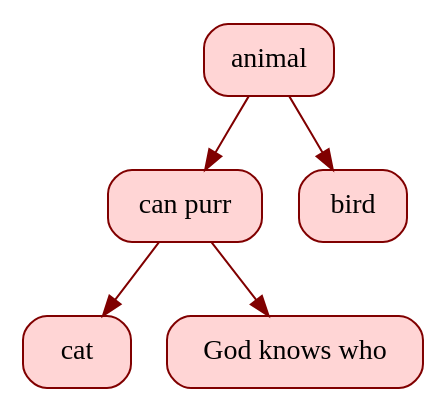
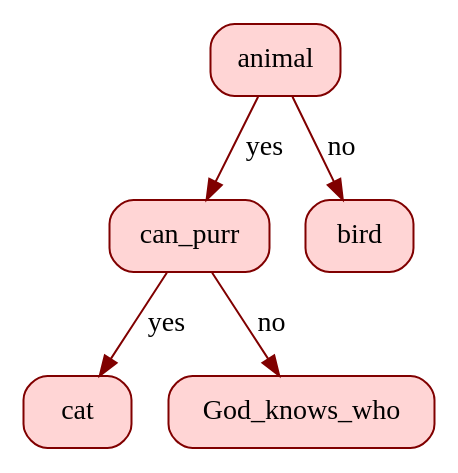
Before and after one commit to KuchinaMA/Akinator: the diagram in TreePicture.dot, drawn with Graphviz. The commit also changed 7 other files, not shown here.

```diff
--- a/TreePicture.dot
+++ b/TreePicture.dot
@@ -1,13 +1,13 @@
 digraph {
   rankdir = HR;
   node [shape = Mrecord, color = "#800000", style = filled, fillcolor = "#FFD5D5"];
-  node_0000028b84e41540[label = " animal "]; 
-  node_0000028b84e414c0[label = " can purr "]; 
-  node_0000028b84e41440[label = " cat "]; 
-  node_0000028b84e41480[label = " God knows who "]; 
-  node_0000028b84e41500[label = " bird "]; 
-  node_0000028b84e41540 -> node_0000028b84e414c0 [weight = 1, color = "#800000"];
-  node_0000028b84e414c0 -> node_0000028b84e41440 [weight = 1, color = "#800000"];
-  node_0000028b84e414c0 -> node_0000028b84e41480 [weight = 1, color = "#800000"];
-  node_0000028b84e41540 -> node_0000028b84e41500 [weight = 1, color = "#800000"];
+  node_000001c4a8cf6bb0[label = " animal "]; 
+  node_000001c4a8cf6bf0[label = " can_purr "]; 
+  node_000001c4a8cf6c30[label = " cat "]; 
+  node_000001c4a8cf6c70[label = " God_knows_who "]; 
+  node_000001c4a8cf6cb0[label = " bird "]; 
+  node_000001c4a8cf6bb0 -> node_000001c4a8cf6bf0 [label = "yes", weight = 1, color = "#800000"];
+  node_000001c4a8cf6bf0 -> node_000001c4a8cf6c30 [label = "yes", weight = 1, color = "#800000"];
+  node_000001c4a8cf6bf0 -> node_000001c4a8cf6c70 [label = "no", weight = 1, color = "#800000"];
+  node_000001c4a8cf6bb0 -> node_000001c4a8cf6cb0 [label = "no", weight = 1, color = "#800000"];
 }
```
